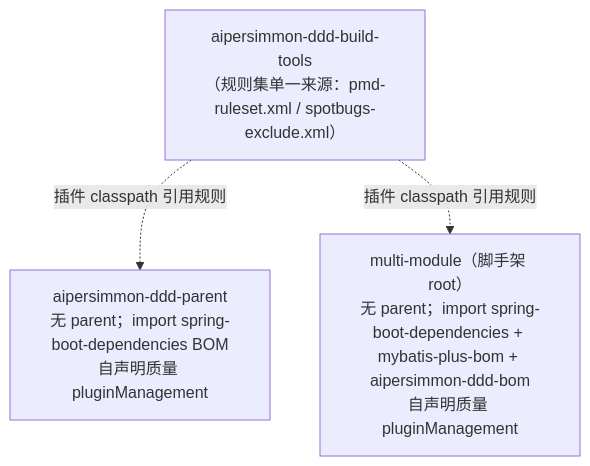
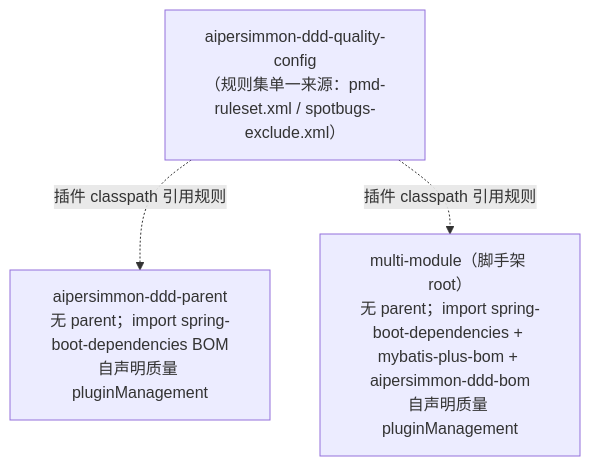
One commit to ryan-alexander-zhang/ai-native-project-template changed the diagram in docs/design/design-00007-code-quality-gates.md. Above: the diagram before and after it, drawn with Mermaid. The commit also changed other lines of this file and 7 other files, not shown here.

First line of the commit message:
refactor(quality): rename build-tools → aipersimmon-ddd-quality-config; drop its misleading BOM entry

````diff
--- a/docs/design/design-00007-code-quality-gates.md
+++ b/docs/design/design-00007-code-quality-gates.md
@@ -92,8 +92,8 @@
 ```mermaid
 flowchart TD
-  bt["aipersimmon-ddd-build-tools<br/>（规则集单一来源：pmd-ruleset.xml / spotbugs-exclude.xml）"]
+  bt["aipersimmon-ddd-quality-config<br/>（规则集单一来源：pmd-ruleset.xml / spotbugs-exclude.xml）"]
   lib["aipersimmon-ddd-parent<br/>无 parent；import spring-boot-dependencies BOM<br/>自声明质量 pluginManagement"]
   mm["multi-module（脚手架 root）<br/>无 parent；import spring-boot-dependencies + mybatis-plus-bom + aipersimmon-ddd-bom<br/>自声明质量 pluginManagement"]
   bt -. 插件 classpath 引用规则 .-> lib
   bt -. 插件 classpath 引用规则 .-> mm
 ```
````
